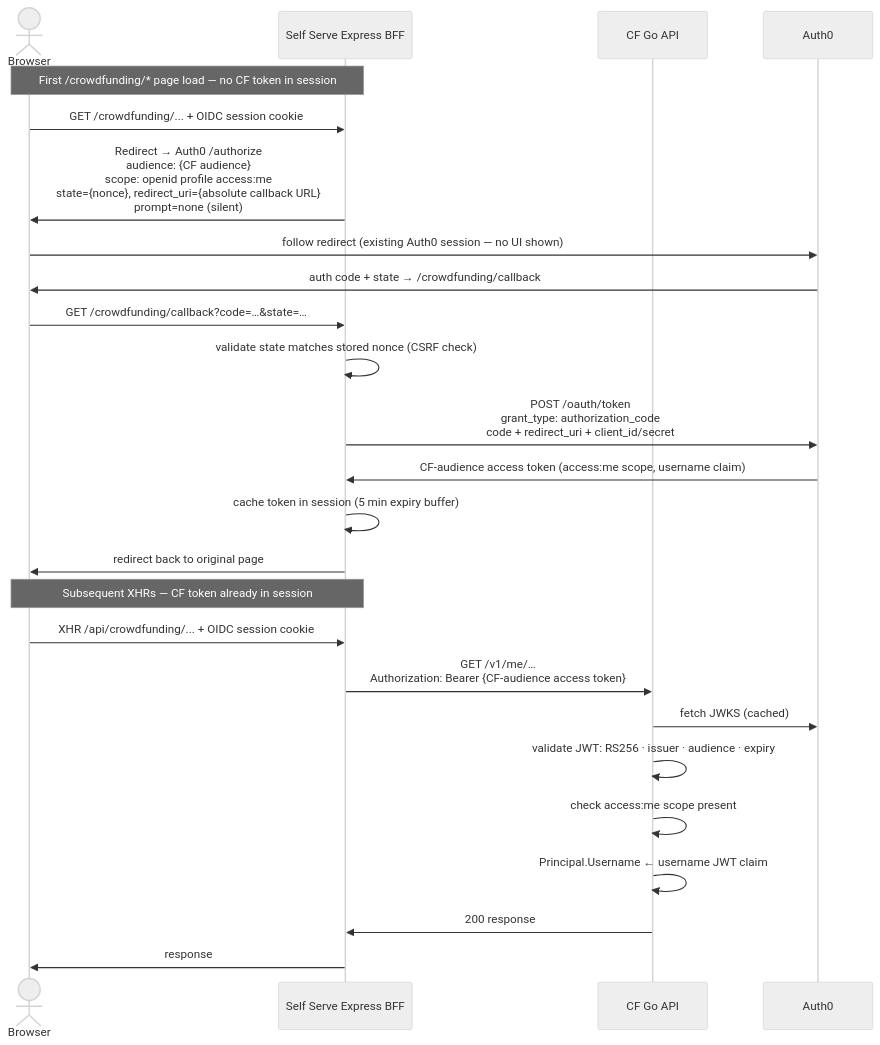
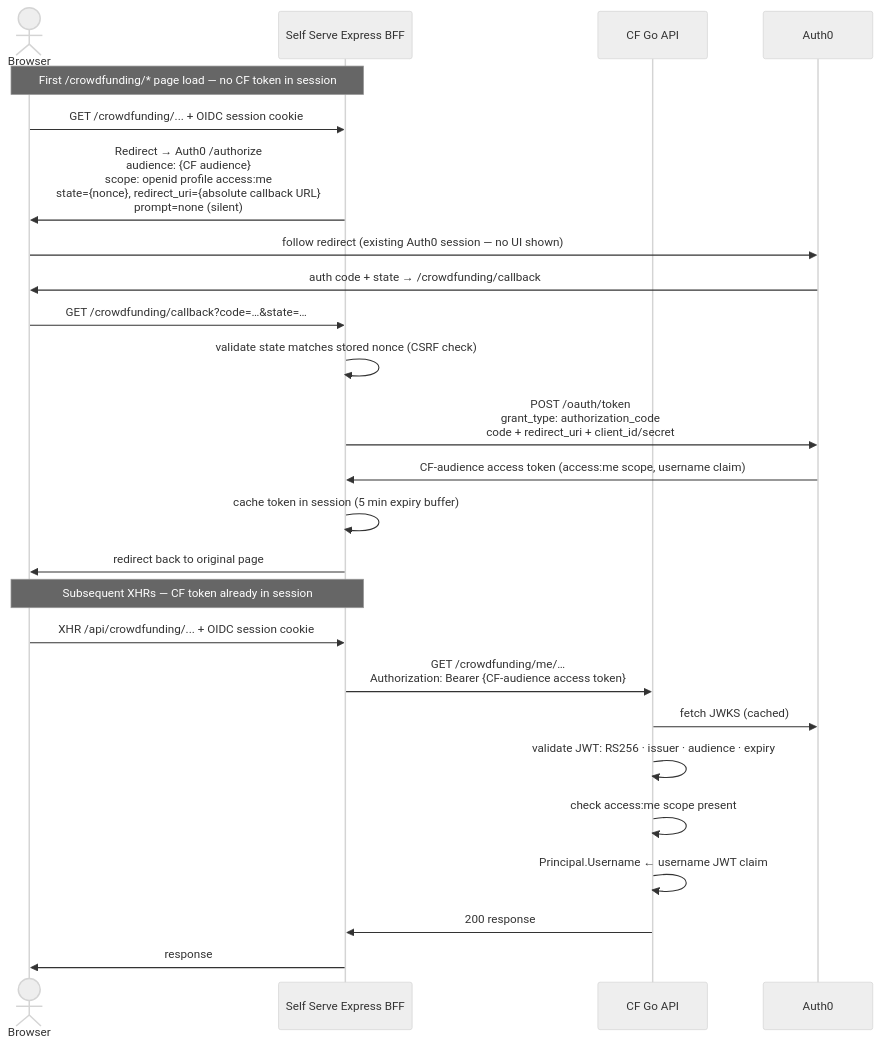
One commit to linuxfoundation/lfx-crowdfunding changed the fifth of 8 diagrams in docs/authentication-architecture.md. Above: the diagram before and after it, drawn with Mermaid (neutral theme). The commit also changed other lines of this file and 92 other files, not shown here.

First line of the commit message:
feat(api): namespace all endpoints under /crowdfunding/

````diff
--- a/docs/authentication-architecture.md
+++ b/docs/authentication-architecture.md
@@ -213,29 +213,29 @@
 ```mermaid
 sequenceDiagram
     actor User as Browser
     participant SSBFF as Self Serve Express BFF
     participant API as CF Go API
     participant Auth0
 
     Note over User,SSBFF: First /crowdfunding/* page load — no CF token in session
     User->>SSBFF: GET /crowdfunding/... + OIDC session cookie
     SSBFF->>User: Redirect → Auth0 /authorize<br/>audience: {CF audience}<br/>scope: openid profile access:me<br/>state={nonce}, redirect_uri={absolute callback URL}<br/>prompt=none (silent)
     User->>Auth0: follow redirect (existing Auth0 session — no UI shown)
     Auth0->>User: auth code + state → /crowdfunding/callback
     User->>SSBFF: GET /crowdfunding/callback?code=…&state=…
     SSBFF->>SSBFF: validate state matches stored nonce (CSRF check)
     SSBFF->>Auth0: POST /oauth/token<br/>grant_type: authorization_code<br/>code + redirect_uri + client_id/secret
     Auth0->>SSBFF: CF-audience access token (access:me scope, username claim)
     SSBFF->>SSBFF: cache token in session (5 min expiry buffer)
     SSBFF->>User: redirect back to original page
 
     Note over User,SSBFF: Subsequent XHRs — CF token already in session
     User->>SSBFF: XHR /api/crowdfunding/... + OIDC session cookie
-    SSBFF->>API: GET /v1/me/…<br/>Authorization: Bearer {CF-audience access token}
+    SSBFF->>API: GET /crowdfunding/me/…<br/>Authorization: Bearer {CF-audience access token}
     API->>Auth0: fetch JWKS (cached)
     API->>API: validate JWT: RS256 · issuer · audience · expiry
     API->>API: check access:me scope present
     API->>API: Principal.Username ← username JWT claim
     API->>SSBFF: 200 response
     SSBFF->>User: response
 ```
````
